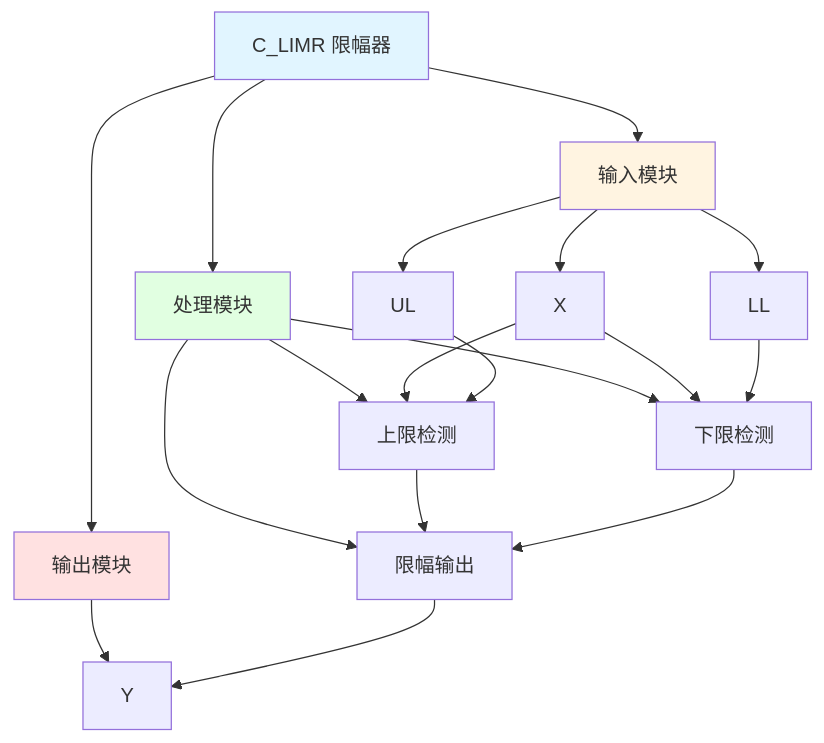
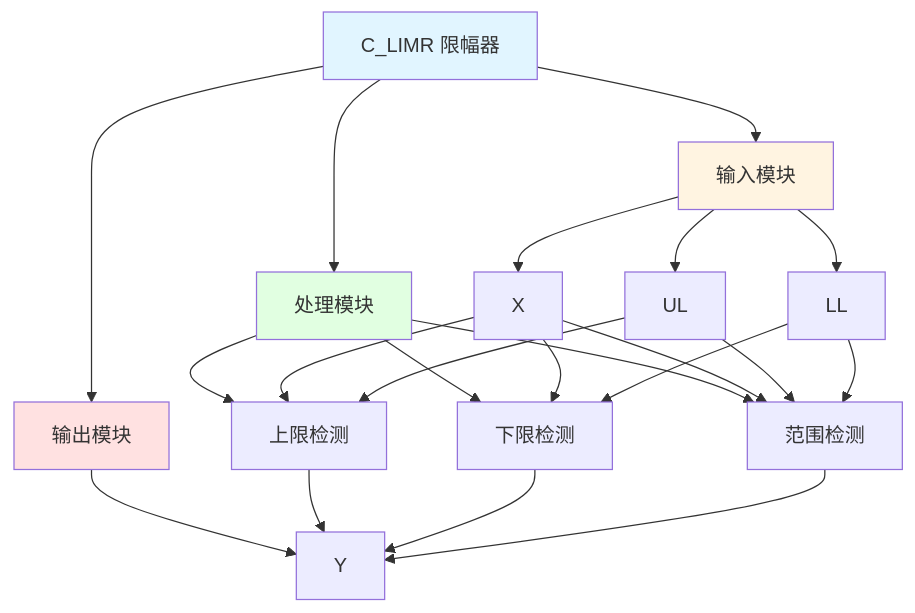
The diagram in C_LIMR_分析报告.md (dlgt6/c), drawn with Mermaid before and after one commit. The commit also changed other lines of this file and 25 other files, not shown here.

````diff
--- a/C_LIMR_分析报告.md
+++ b/C_LIMR_分析报告.md
@@ -19,29 +19,32 @@
 ```mermaid
 graph TD
     A[C_LIMR 限幅器] --> B[输入模块]
     A --> C[处理模块]
     A --> D[输出模块]
     
     B --> B1[X]
     B --> B2[UL]
     B --> B3[LL]
     
     C --> C1[上限检测]
     C --> C2[下限检测]
-    C --> C3[限幅输出]
+    C --> C3[范围检测]
     
     D --> D1[Y]
     
     B1 --> C1
     B2 --> C1
+    C1 --> D1
     B1 --> C2
     B3 --> C2
-    C1 --> C3
-    C2 --> C3
+    C2 --> D1
+    B1 --> C3
+    B2 --> C3
+    B3 --> C3
     C3 --> D1
     
     style A fill:#e1f5ff
     style B fill:#fff4e1
     style C fill:#e1ffe1
     style D fill:#ffe1e1
 ```
````
